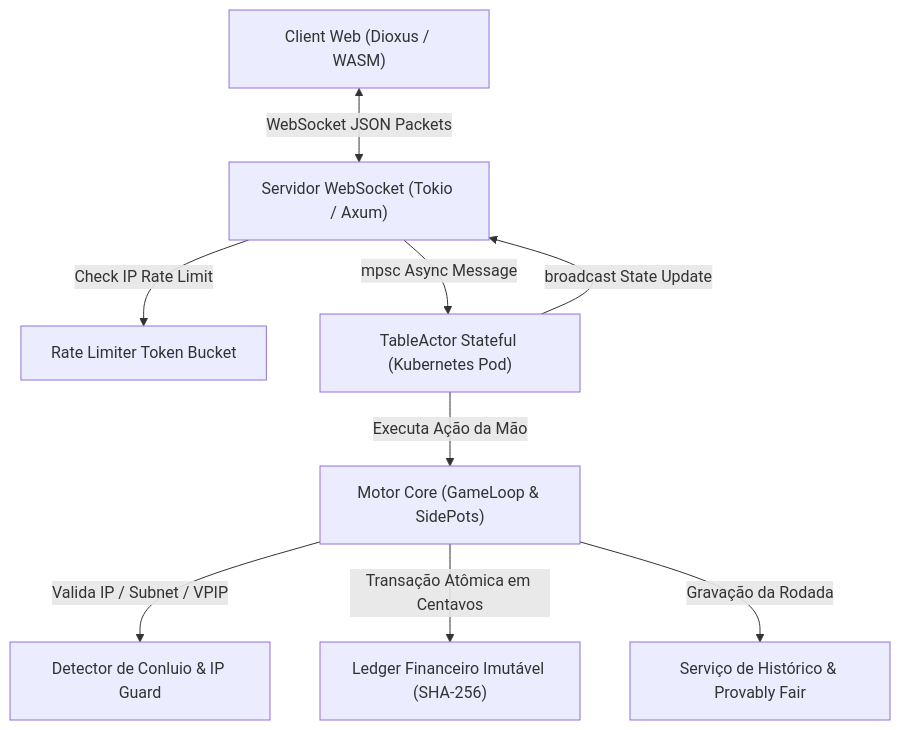
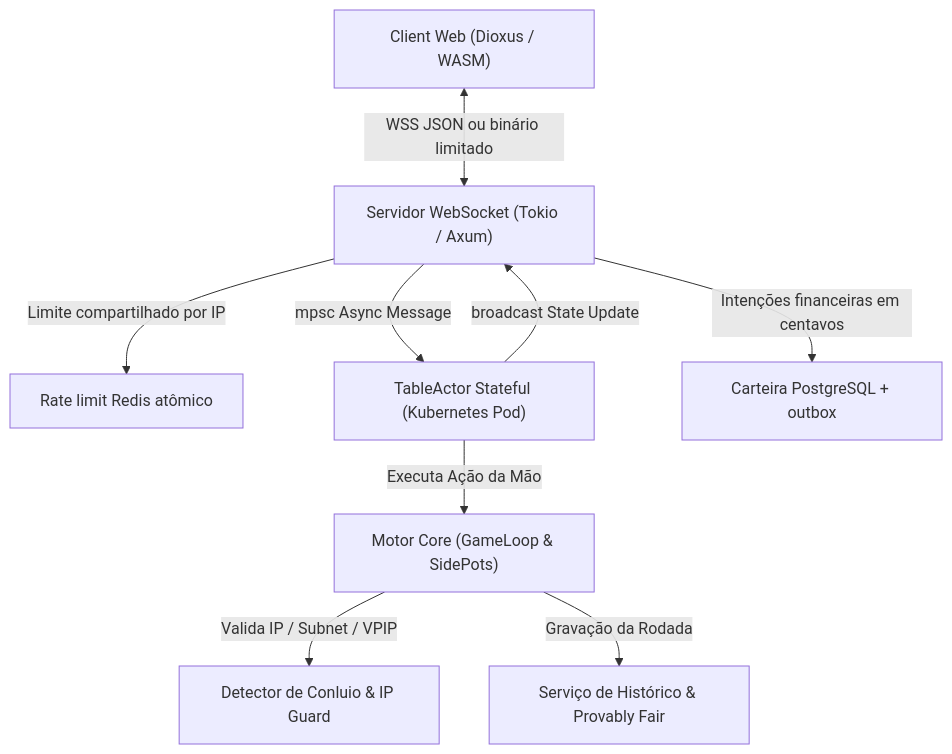
One commit to leofran2204/poker-platform changed the diagram in Documentacao/ARQUITETURA_E_APIS.md. Above: the diagram before and after it, drawn with Mermaid. The commit also changed other lines of this file and 34 other files, not shown here.

````diff
--- a/Documentacao/ARQUITETURA_E_APIS.md
+++ b/Documentacao/ARQUITETURA_E_APIS.md
@@ -14,20 +14,20 @@
 ```mermaid
 graph TD
     Client["Client Web (Dioxus / WASM)"]
     WS["Servidor WebSocket (Tokio / Axum)"]
-    Limiter["Rate Limiter Token Bucket"]
+    Limiter["Rate limit Redis atômico"]
     Actor["TableActor Stateful (Kubernetes Pod)"]
     Engine["Motor Core (GameLoop & SidePots)"]
-    Ledger["Ledger Financeiro Imutável (SHA-256)"]
+    Ledger["Carteira PostgreSQL + outbox"]
     Antifraud["Detector de Conluio & IP Guard"]
     History["Serviço de Histórico & Provably Fair"]
 
-    Client <-->|WebSocket JSON Packets| WS
-    WS -->|Check IP Rate Limit| Limiter
+    Client <-->|WSS JSON ou binário limitado| WS
+    WS -->|Limite compartilhado por IP| Limiter
     WS -->|mpsc Async Message| Actor
     Actor -->|Executa Ação da Mão| Engine
     Engine -->|Valida IP / Subnet / VPIP| Antifraud
-    Engine -->|Transação Atômica em Centavos| Ledger
+    WS -->|Intenções financeiras em centavos| Ledger
     Engine -->|Gravação da Rodada| History
     Actor -->|broadcast State Update| WS
 ```
````
